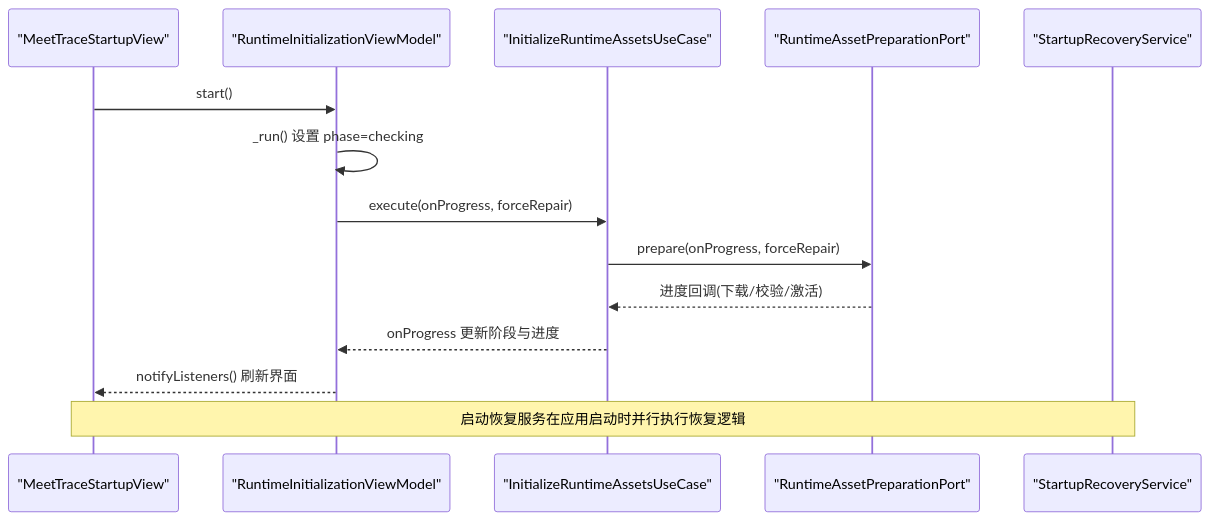
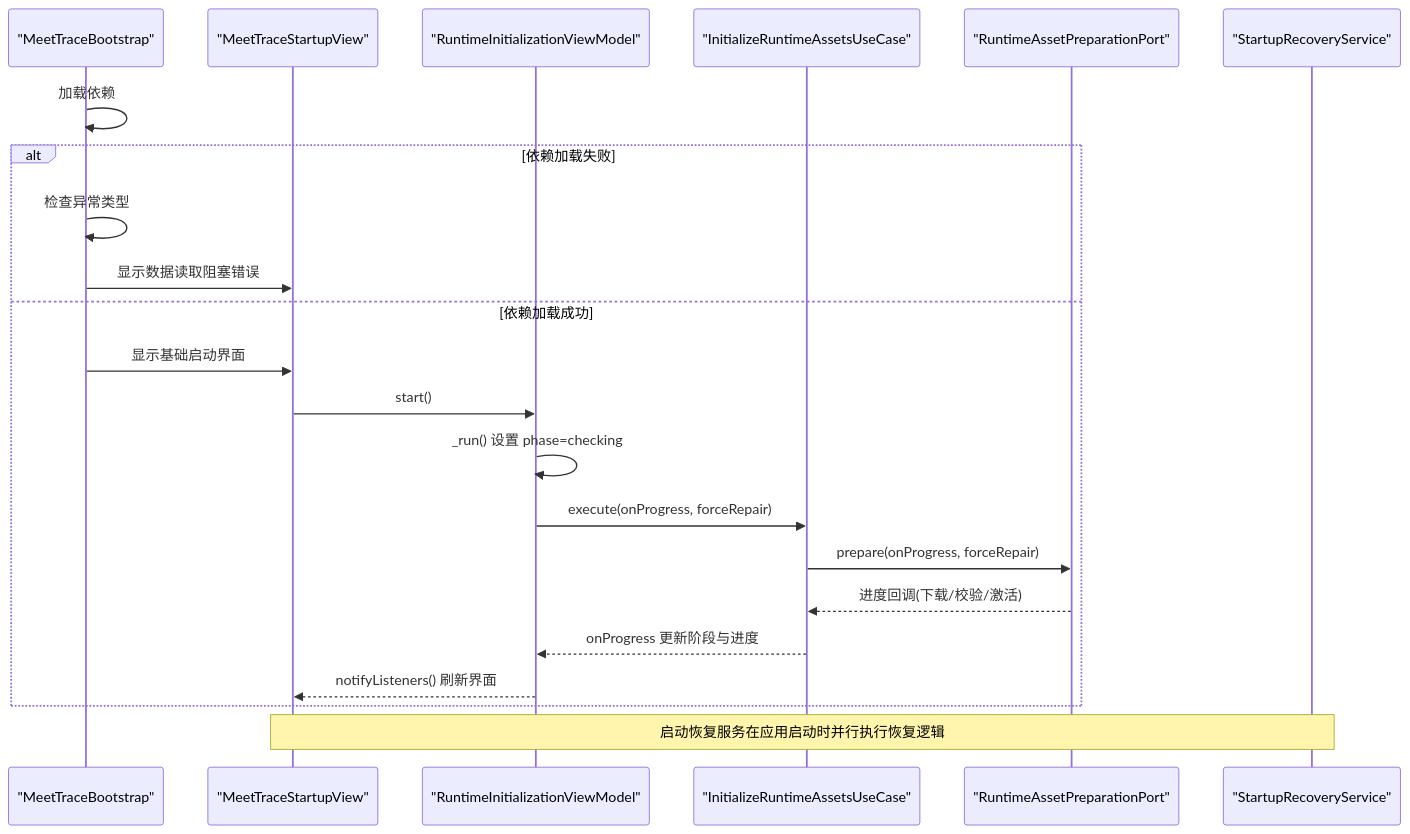
One commit to zhangheng2022/meet_trace changed the second of 8 diagrams in .qoder/repowiki/zh/content/用户界面组件/主要视图组件/启动视图.md. Above: the diagram before and after it, drawn with Mermaid. The commit also changed other lines of this file and 220 other files, not shown here.

````diff
--- a/.qoder/repowiki/zh/content/用户界面组件/主要视图组件/启动视图.md
+++ b/.qoder/repowiki/zh/content/用户界面组件/主要视图组件/启动视图.md
@@ -101,16 +116,24 @@
 ```mermaid
 sequenceDiagram
-participant UI as "MeetTraceStartupView"
+participant Bootstrap as "MeetTraceBootstrap"
+participant Startup as "MeetTraceStartupView"
 participant VM as "RuntimeInitializationViewModel"
 participant UC as "InitializeRuntimeAssetsUseCase"
 participant Port as "RuntimeAssetPreparationPort"
 participant DB as "StartupRecoveryService"
-UI->>VM : start()
+Bootstrap->>Bootstrap : 加载依赖
+alt 依赖加载失败
+Bootstrap->>Bootstrap : 检查异常类型
+Bootstrap->>Startup : 显示数据读取阻塞错误
+else 依赖加载成功
+Bootstrap->>Startup : 显示基础启动界面
+Startup->>VM : start()
 VM->>VM : _run() 设置 phase=checking
 VM->>UC : execute(onProgress, forceRepair)
 UC->>Port : prepare(onProgress, forceRepair)
 Port-->>UC : 进度回调(下载/校验/激活)
 UC-->>VM : onProgress 更新阶段与进度
-VM-->>UI : notifyListeners() 刷新界面
-Note over DB,UI : 启动恢复服务在应用启动时并行执行恢复逻辑
+VM-->>Startup : notifyListeners() 刷新界面
+end
+Note over DB,Startup : 启动恢复服务在应用启动时并行执行恢复逻辑
 ```
````
